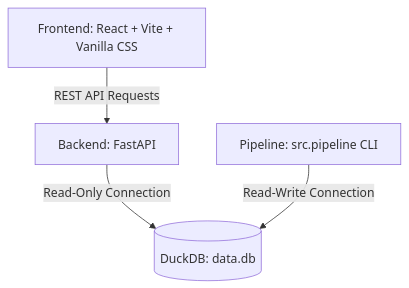
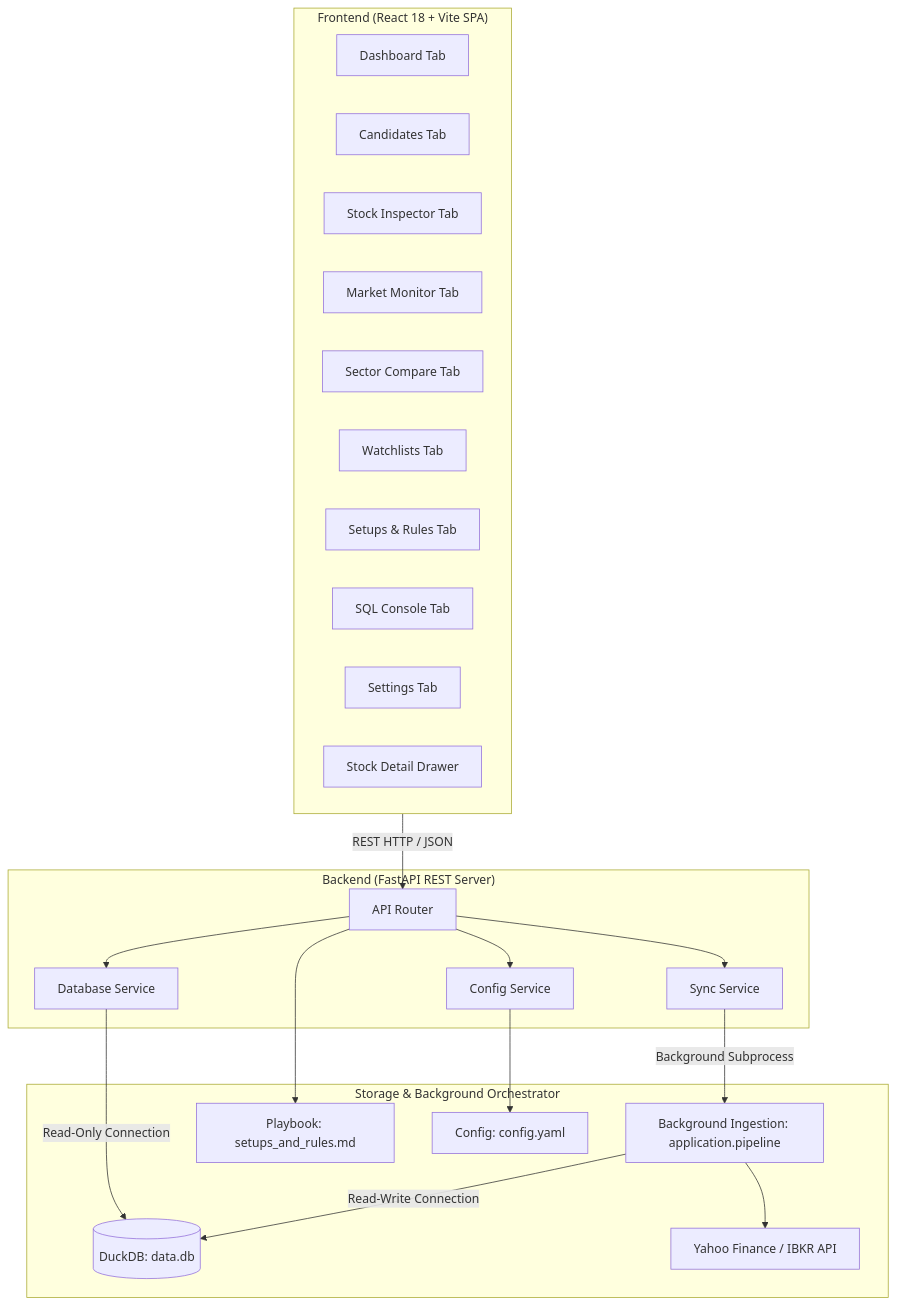
Before and after one commit to linli2016/pivottrader: the diagram in docs/web_app_design.md, drawn with Mermaid. The commit also changed other lines of this file and 36 other files, not shown here.

````diff
--- a/docs/web_app_design.md
+++ b/docs/web_app_design.md
@@ -16,6 +16,39 @@
 ```mermaid
 graph TD
-    UI[Frontend: React + Vite + Vanilla CSS] -->|REST API Requests| API[Backend: FastAPI]
-    API -->|Read-Only Connection| DB[(DuckDB: data.db)]
-    Screen[Pipeline: src.pipeline CLI] -->|Read-Write Connection| DB
+    subgraph Frontend ["Frontend (React 18 + Vite SPA)"]
+        UI_Dash[Dashboard Tab]
+        UI_Cand[Candidates Tab]
+        UI_Insp[Stock Inspector Tab]
+        UI_MM[Market Monitor Tab]
+        UI_Sec[Sector Compare Tab]
+        UI_WL[Watchlists Tab]
+        UI_Rules[Setups & Rules Tab]
+        UI_SQL[SQL Console Tab]
+        UI_Set[Settings Tab]
+        UI_Drawer[Stock Detail Drawer]
+    end
+
+    subgraph Backend ["Backend (FastAPI REST Server)"]
+        Router[API Router]
+        Svc_DB[Database Service]
+        Svc_Cfg[Config Service]
+        Svc_Sync[Sync Service]
+    end
+
+    subgraph Storage ["Storage & Background Orchestrator"]
+        DB[(DuckDB: data.db)]
+        Pipeline[Background Ingestion: application.pipeline]
+        YF[Yahoo Finance / IBKR API]
+        RulesMD[Playbook: setups_and_rules.md]
+        CfgYAML[Config: config.yaml]
+    end
+
+    Frontend -->|REST HTTP / JSON| Router
+    Router --> Svc_DB & Svc_Cfg & Svc_Sync
+    Svc_DB -->|Read-Only Connection| DB
+    Svc_Cfg --> CfgYAML
+    Svc_Sync -->|Background Subprocess| Pipeline
+    Router --> RulesMD
+    Pipeline -->|Read-Write Connection| DB
+    Pipeline --> YF
 ```
````
